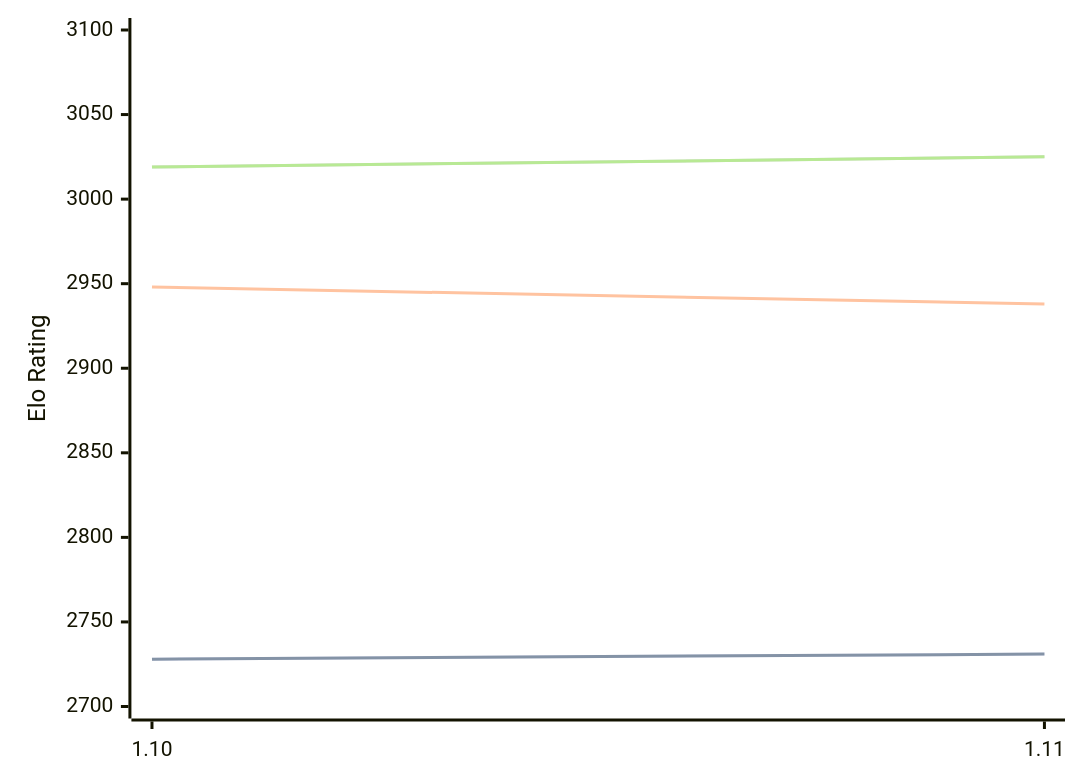
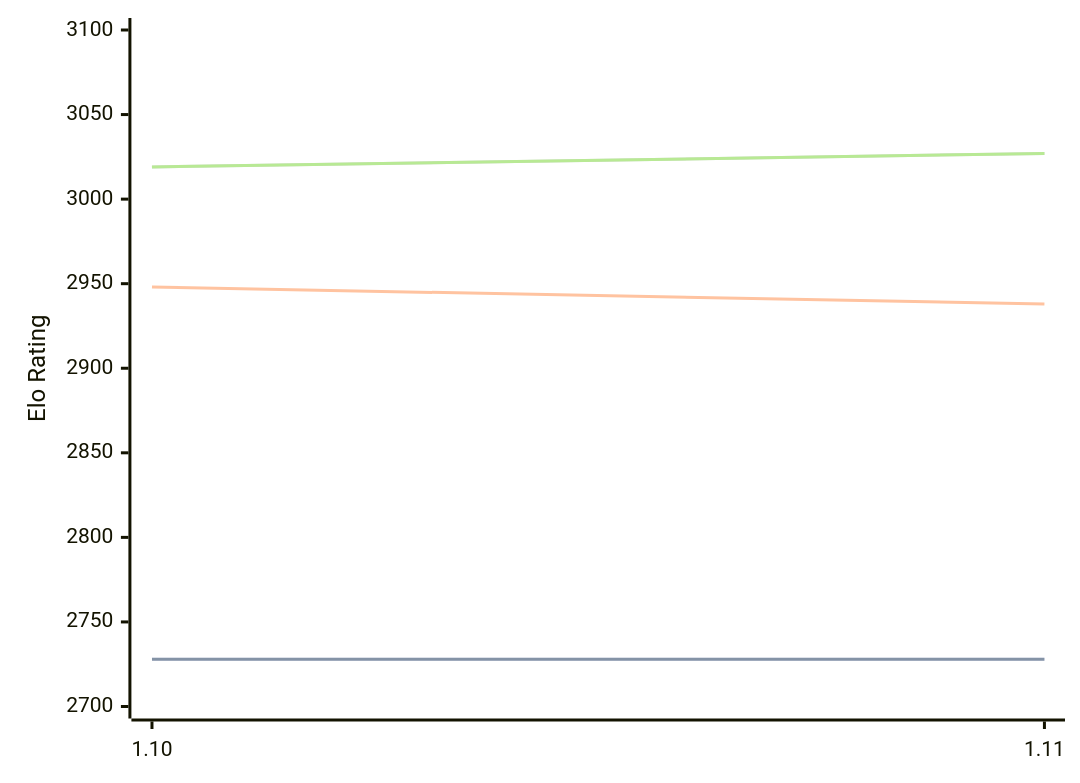
One commit to computer-chess-index/cci changed the diagram in engines/Roc.md. Above: the diagram before and after it, drawn with Mermaid. The commit also changed other lines of this file, not shown here.

Commit message:
Update CCI Ratings (ELO VLTC) - 2026-08-10

````diff
--- a/engines/Roc.md
+++ b/engines/Roc.md
@@ -54,11 +54,11 @@
 ```mermaid
 %%{init: {"theme":"base","themeVariables":{"seriesColors:['#a3a3a3','#222221','#faa371']}}}%%
 xychart-beta
   x-axis ["1.10", "1.11"]
   y-axis "Elo Rating" 2700 --> 3100
-  line "STC (8.0+0.08s)" [2728, 2731]
-  line "STC (8.0+0.08s)" [2728, 2731]
+  line "STC (8.0+0.08s)" [2728, 2728]
+  line "STC (8.0+0.08s)" [2728, 2728]
   line "LTC (60.0+0.60s)" [2948, 2938]
-  line "VLTC (2m24s+1.12s)" [3019, 3025]
-  line "VLTC (2m24s+1.12s)" [3019, 3025]
+  line "VLTC (2m24s+1.12s)" [3019, 3027]
+  line "VLTC (2m24s+1.12s)" [3019, 3027]
 ```
````
